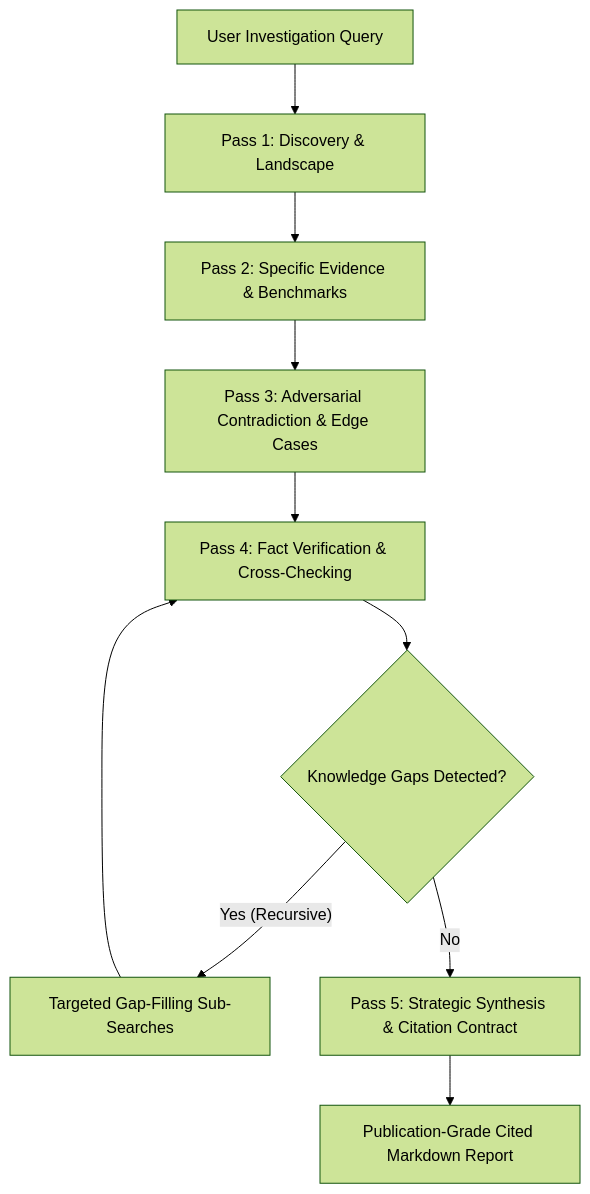
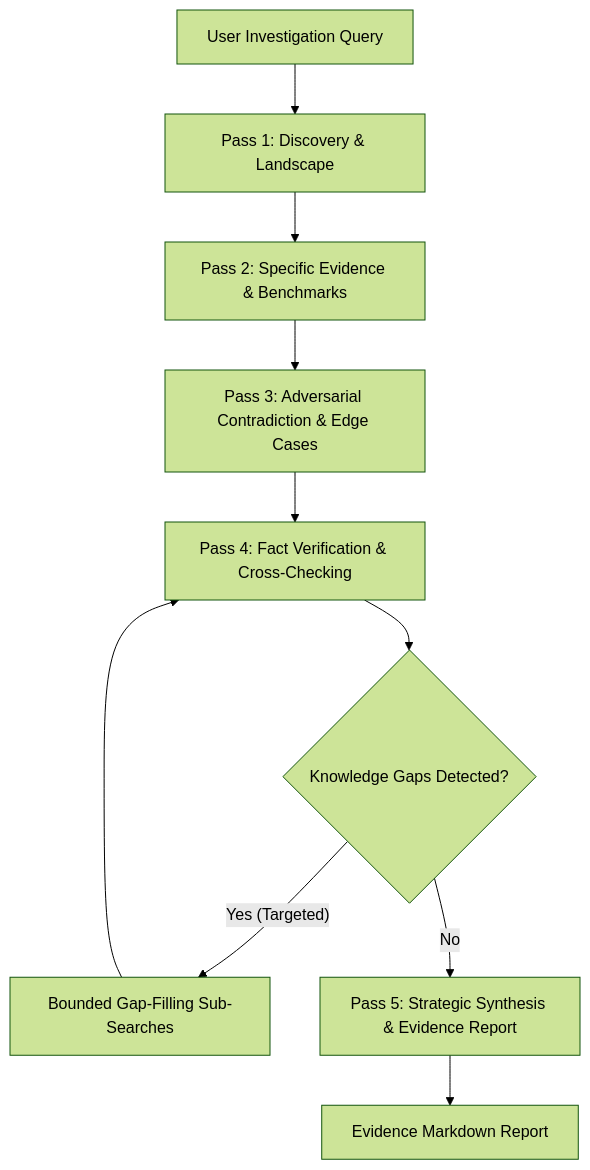
Before and after one commit to itsPremkumar/alpha: the diagram in docs/DEEP_RESEARCH.md, drawn with Mermaid (forest theme). The commit also changed other lines of this file and 97 other files, not shown here.

````diff
--- a/docs/DEEP_RESEARCH.md
+++ b/docs/DEEP_RESEARCH.md
@@ -13,12 +13,12 @@
 ```mermaid
 flowchart TD
     Query["User Investigation Query"] --> Pass1["Pass 1: Discovery & Landscape"]
     Pass1 --> Pass2["Pass 2: Specific Evidence & Benchmarks"]
     Pass2 --> Pass3["Pass 3: Adversarial Contradiction & Edge Cases"]
     Pass3 --> Pass4["Pass 4: Fact Verification & Cross-Checking"]
     Pass4 --> GapCheck{"Knowledge Gaps Detected?"}
-    GapCheck -- Yes (Recursive) --> FollowUp["Targeted Gap-Filling Sub-Searches"]
+    GapCheck -- Yes (Targeted) --> FollowUp["Bounded Gap-Filling Sub-Searches"]
     FollowUp --> Pass4
-    GapCheck -- No --> Pass5["Pass 5: Strategic Synthesis & Citation Contract"]
-    Pass5 --> Output["Publication-Grade Cited Markdown Report"]
+    GapCheck -- No --> Pass5["Pass 5: Strategic Synthesis & Evidence Report"]
+    Pass5 --> Output["Evidence Markdown Report"]
 ```
````
